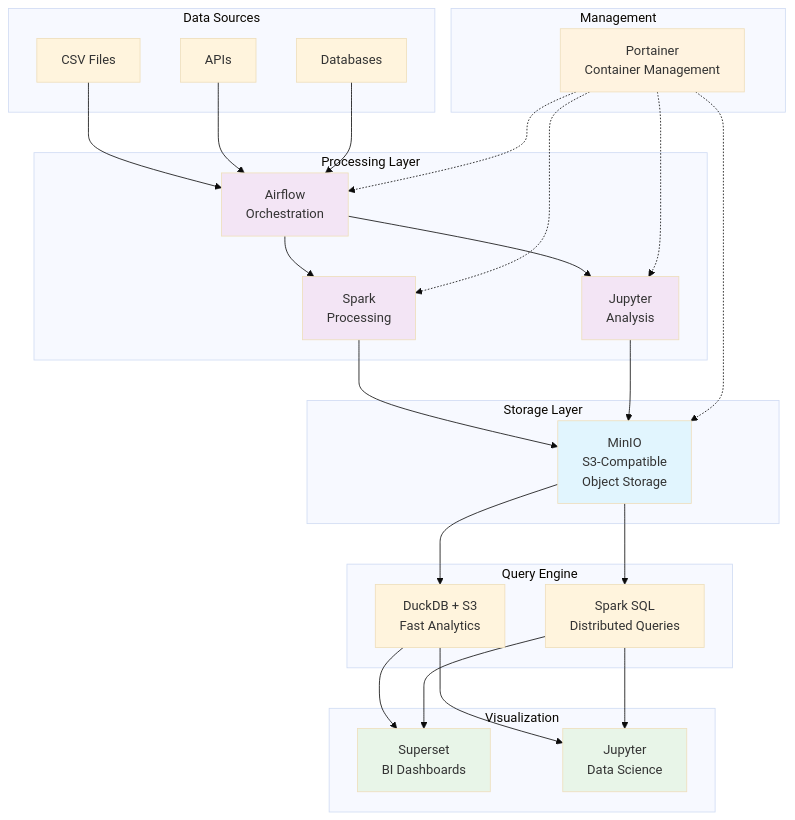
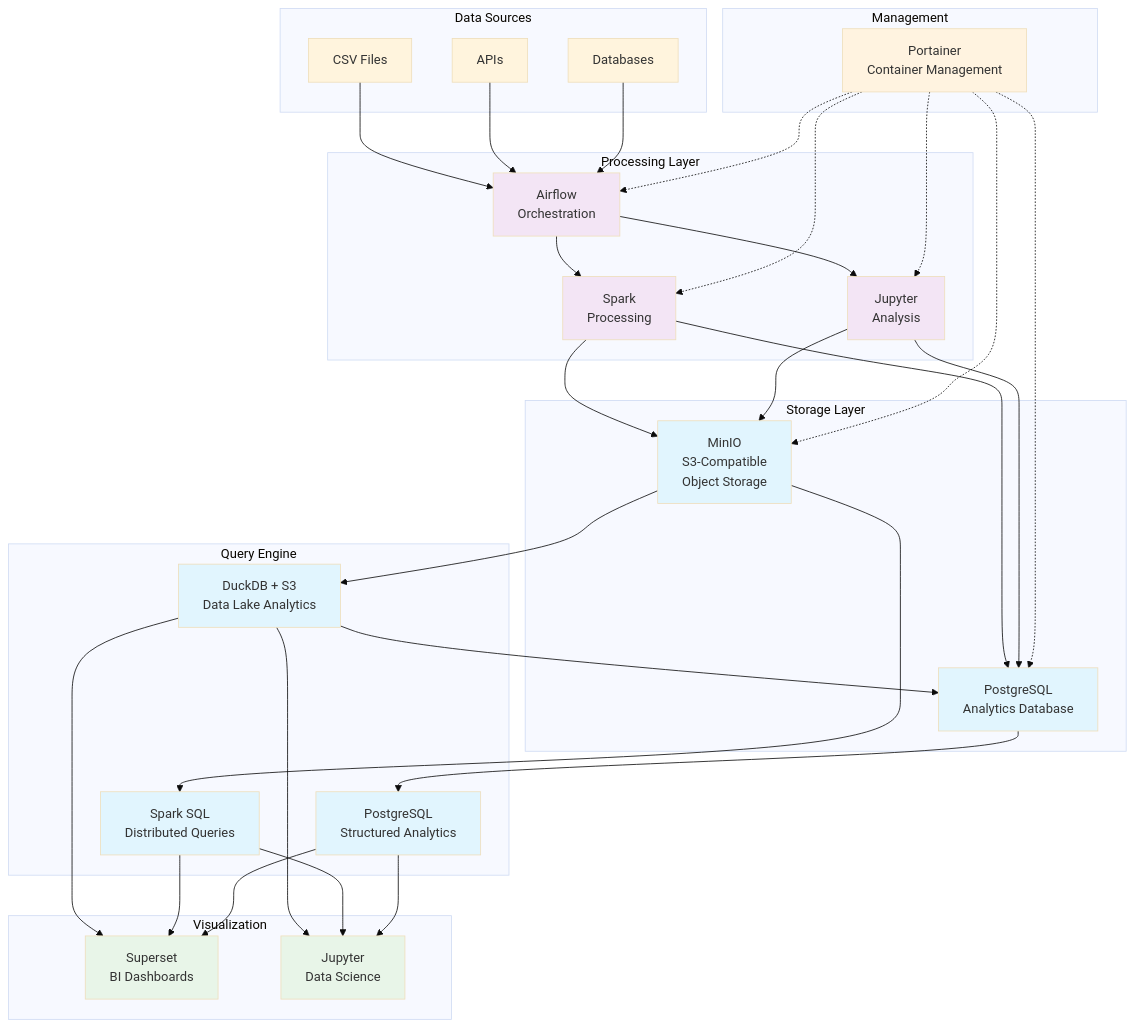
The diagram in README.md (karstom/lakehouse-lab), drawn with Mermaid (base theme) before and after one commit. The commit also changed other lines of this file, not shown here.

````diff
--- a/README.md
+++ b/README.md
@@ -120,60 +120,70 @@
 ```mermaid
 graph TB
     subgraph "Data Sources"
         DS1[CSV Files]
         DS2[APIs]
         DS3[Databases]
     end
     
     subgraph "Processing Layer"
         AF[Airflow<br/>Orchestration]
         SP[Spark<br/>Processing]
         JU[Jupyter<br/>Analysis]
     end
     
     subgraph "Storage Layer"
         MI[MinIO<br/>S3-Compatible<br/>Object Storage]
+        PG[PostgreSQL<br/>Analytics Database]
     end
     
     subgraph "Query Engine"
-        DU[DuckDB + S3<br/>Fast Analytics]
+        DU[DuckDB + S3<br/>Data Lake Analytics]
         SS[Spark SQL<br/>Distributed Queries]
+        PA[PostgreSQL<br/>Structured Analytics]
     end
     
     subgraph "Visualization"
         SU[Superset<br/>BI Dashboards]
         JD[Jupyter<br/>Data Science]
     end
     
     subgraph "Management"
         PO[Portainer<br/>Container Management]
     end
     
     DS1 --> AF
     DS2 --> AF
     DS3 --> AF
     AF --> SP
     AF --> JU
     SP --> MI
+    SP --> PG
     JU --> MI
+    JU --> PG
     MI --> DU
     MI --> SS
+    PG --> PA
     DU --> SU
     DU --> JD
     SS --> SU
     SS --> JD
+    PA --> SU
+    PA --> JD
+    DU --> PG
     PO -.-> AF
     PO -.-> SP
     PO -.-> JU
     PO -.-> MI
+    PO -.-> PG
     
     classDef storage fill:#e1f5fe
     classDef processing fill:#f3e5f5
     classDef visualization fill:#e8f5e8
     classDef management fill:#fff3e0
     
-    class MI storage
+    class MI,PG storage
     class AF,SP,JU processing
     class SU,JD visualization
     class PO management
+    class DU,SS,PA storage
 ```
````
